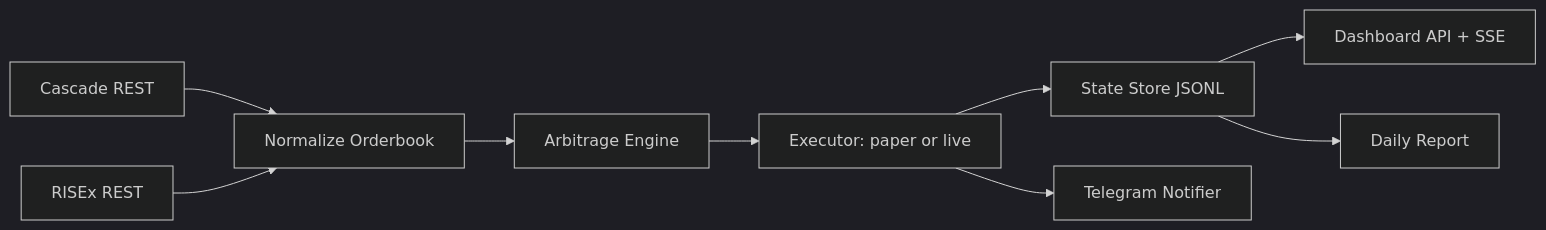
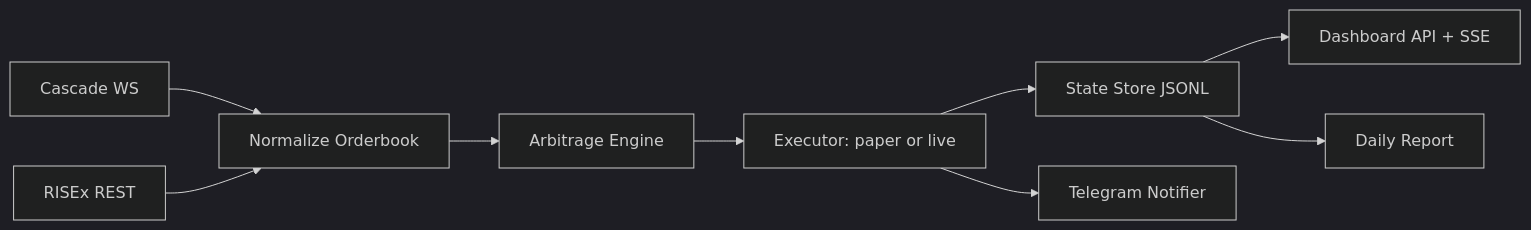
Before and after one commit to myungjungcrypto/autotrading_btc_eth: the diagram in docs/architecture.md, drawn with Mermaid (dark theme). The commit also changed other lines of this file and 10 other files, not shown here.

````diff
--- a/docs/architecture.md
+++ b/docs/architecture.md
@@ -32,11 +32,11 @@
 ```mermaid
 flowchart LR
-  C["Cascade REST"] --> N["Normalize Orderbook"]
+  C["Cascade WS"] --> N["Normalize Orderbook"]
   R["RISEx REST"] --> N
   N --> E["Arbitrage Engine"]
   E --> X["Executor: paper or live"]
   X --> S["State Store JSONL"]
   S --> D["Dashboard API + SSE"]
   S --> P["Daily Report"]
   X --> T["Telegram Notifier"]
 ```
````
